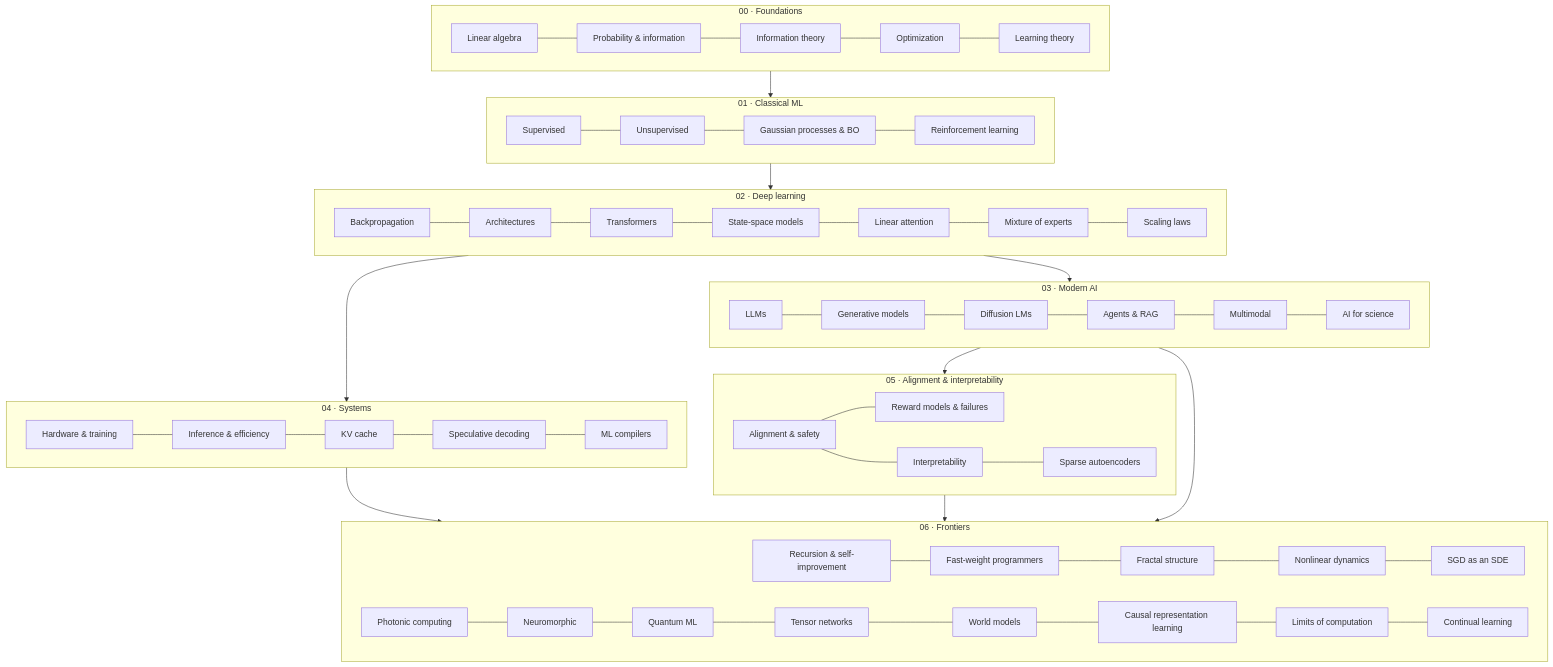
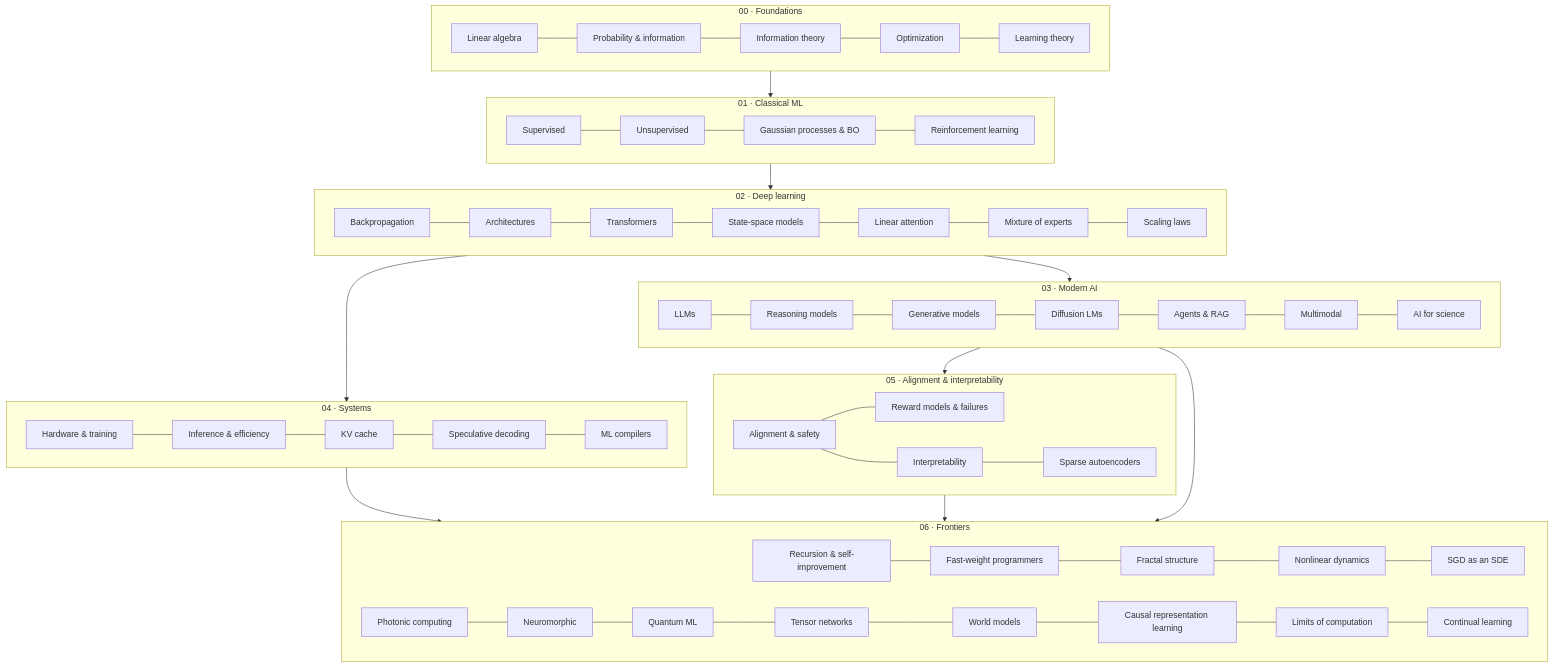
One commit to marcpoliquin5/understanding-ai changed the diagram in README.md. Above: the diagram before and after it, drawn with Mermaid. The commit also changed other lines of this file and 6 other files, not shown here.

Commit message:
Modern AI: add reasoning models page (RLVR, GRPO, test-time compute)

````diff
--- a/README.md
+++ b/README.md
@@ -30,32 +30,32 @@
 ```mermaid
 flowchart TB
     subgraph F[00 · Foundations]
         F1[Linear algebra] --- F2[Probability & information] --- F5[Information theory] --- F3[Optimization] --- F4[Learning theory]
     end
     subgraph C[01 · Classical ML]
         C1[Supervised] --- C2[Unsupervised] --- C4[Gaussian processes & BO] --- C3[Reinforcement learning]
     end
     subgraph D[02 · Deep learning]
         D1[Backpropagation] --- D2[Architectures] --- D3[Transformers] --- D6[State-space models] --- D7[Linear attention] --- D5[Mixture of experts] --- D4[Scaling laws]
     end
     subgraph M[03 · Modern AI]
-        M1[LLMs] --- M2[Generative models] --- M2b[Diffusion LMs] --- M3[Agents & RAG] --- M4[Multimodal] --- M5[AI for science]
+        M1[LLMs] --- M1b[Reasoning models] --- M2[Generative models] --- M2b[Diffusion LMs] --- M3[Agents & RAG] --- M4[Multimodal] --- M5[AI for science]
     end
     subgraph S[04 · Systems]
         S1[Hardware & training] --- S2[Inference & efficiency] --- S5[KV cache] --- S4[Speculative decoding] --- S3[ML compilers]
     end
     subgraph A[05 · Alignment & interpretability]
         A1[Alignment & safety] --- A3[Reward models & failures]
         A1 --- A2[Interpretability] --- A4[Sparse autoencoders]
     end
     subgraph X[06 · Frontiers]
         X1[Recursion & self-improvement] --- X1b[Fast-weight programmers] --- X2[Fractal structure] --- X3[Nonlinear dynamics] --- X3b[SGD as an SDE]
         X4[Photonic computing] --- X5[Neuromorphic] --- X6[Quantum ML] --- X6b[Tensor networks] --- X7[World models] --- X7b[Causal representation learning] --- X8[Limits of computation] --- X9[Continual learning]
     end
     F --> C --> D --> M
     D --> S
     M --> A
     S --> X
     A --> X
     M --> X
 ```
````
